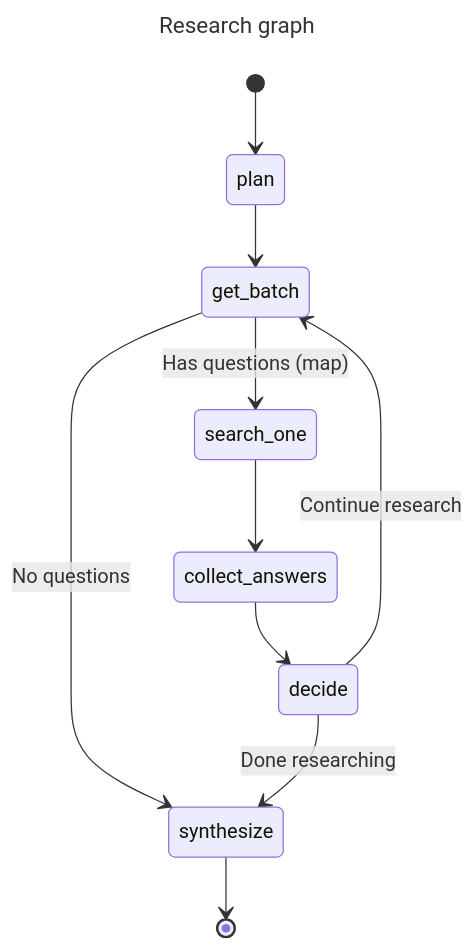
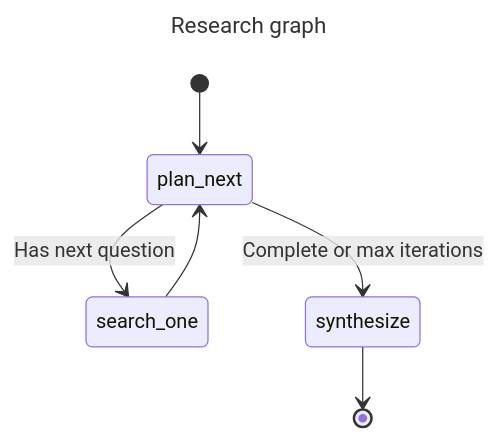
One commit to ggozad/haiku.rag changed the diagram in docs/agents.md. Above: the diagram before and after it, drawn with Mermaid. The commit also changed other lines of this file and 2 other files, not shown here.

````diff
--- a/docs/agents.md
+++ b/docs/agents.md
@@ -168,15 +168,11 @@
 ```mermaid
 ---
 title: Research graph
 ---
 stateDiagram-v2
-  [*] --> plan
-  plan --> get_batch
-  get_batch --> search_one: Has questions (map)
-  get_batch --> synthesize: No questions
-  search_one --> collect_answers
-  collect_answers --> decide
-  decide --> get_batch: Continue research
-  decide --> synthesize: Done researching
+  [*] --> plan_next
+  plan_next --> search_one: Has next question
+  plan_next --> synthesize: Complete or max iterations
+  search_one --> plan_next
   synthesize --> [*]
 ```
````
